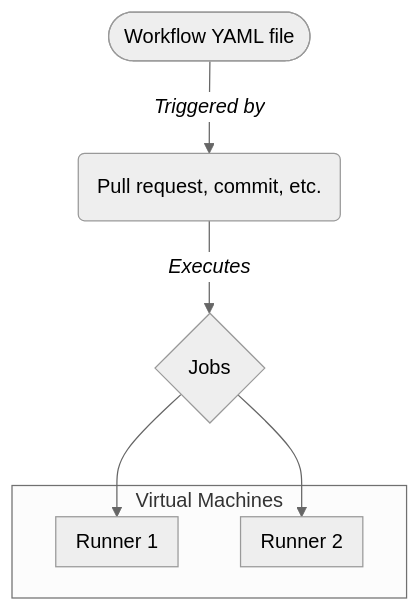
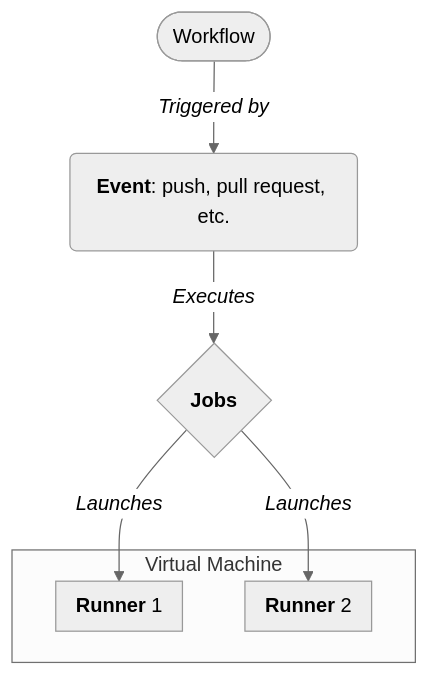
One commit to mjfrigaard/shiny-app-pkgs changed the third of 8 diagrams in gha.qmd. Above: the diagram before and after it, drawn with Mermaid. The commit also changed other lines of this file and 8 other files, not shown here.

````diff
--- a/gha.qmd
+++ b/gha.qmd
@@ -194,19 +188,17 @@
 ```{mermaid}
 %%| fig-align: center
 %%{init: {'theme': 'neutral', 'themeVariables': { 'fontFamily': 'monospace', "fontSize":"16px"}}}%%
 
-flowchart
-  workflow(["Workflow YAML file"]) -->|"<em>Triggered by<em>"| event("Pull request, commit, etc.")
+flowchart 
+  workflow(["Workflow"]) -->|"<em>Triggered by<em>"| event("<strong>Event</strong>: push, pull request, etc.")
   
-  subgraph VM["Virtual Machines"]
-    subgraph runner02[Runner 2]
-
+  subgraph VM["Virtual Machine"]
+    subgraph runner02["<strong>Runner</strong> 2"]
     end
-    subgraph runner01[Runner 1]
-
+    subgraph runner01["<strong>Runner</strong> 1"]
     end
   end
 
-  event --> |"<em>Executes</em>"| Jobs{"Jobs"}
-  Jobs --> runner01 & runner02
+  event --> |"<em>Executes</em>"| Jobs{"<strong>Jobs</strong>"}
+  Jobs --> |"<em>Launches</em>"|runner01 & runner02
 ```
````
